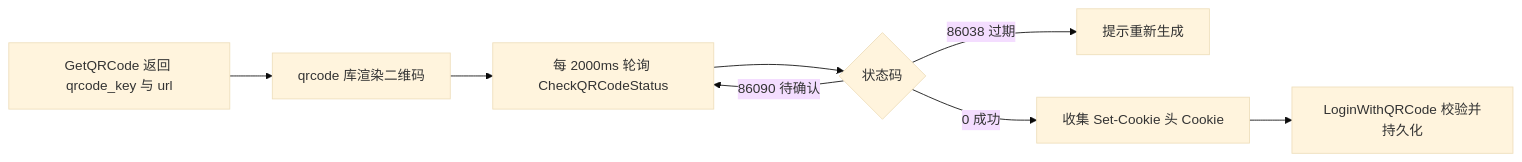
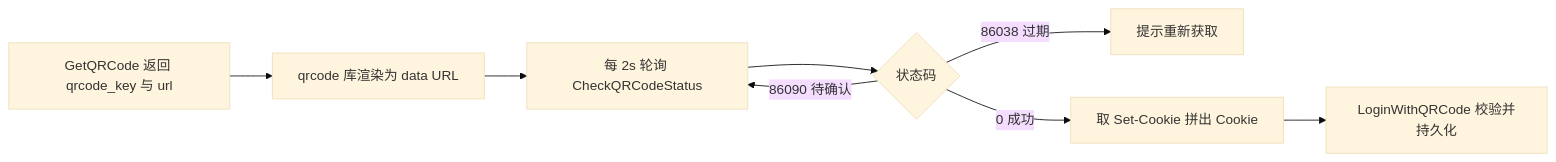
The sixth of 7 diagrams in docs/architecture/data-flow.md (aDarkMaker/BiliLuckyDraw), drawn with Mermaid (base theme) before and after one commit. The commit also changed other lines of this file and 30 other files, not shown here.

````diff
--- a/docs/architecture/data-flow.md
+++ b/docs/architecture/data-flow.md
@@ -44,10 +92,10 @@
 ```mermaid
 flowchart LR
-    Q1[GetQRCode 返回 qrcode_key 与 url] --> Q2[qrcode 库渲染二维码]
-    Q2 --> Q3[每 2000ms 轮询 CheckQRCodeStatus]
+    Q1[GetQRCode 返回 qrcode_key 与 url] --> Q2[qrcode 库渲染为 data URL]
+    Q2 --> Q3[每 2s 轮询 CheckQRCodeStatus]
     Q3 --> Q4{状态码}
-    Q4 -->|86038 过期| Q5[提示重新生成]
+    Q4 -->|86038 过期| Q5[提示重新获取]
     Q4 -->|86090 待确认| Q3
-    Q4 -->|0 成功| Q6[收集 Set-Cookie 头 Cookie]
+    Q4 -->|0 成功| Q6[取 Set-Cookie 拼出 Cookie]
     Q6 --> Q7[LoginWithQRCode 校验并持久化]
 ```
````
